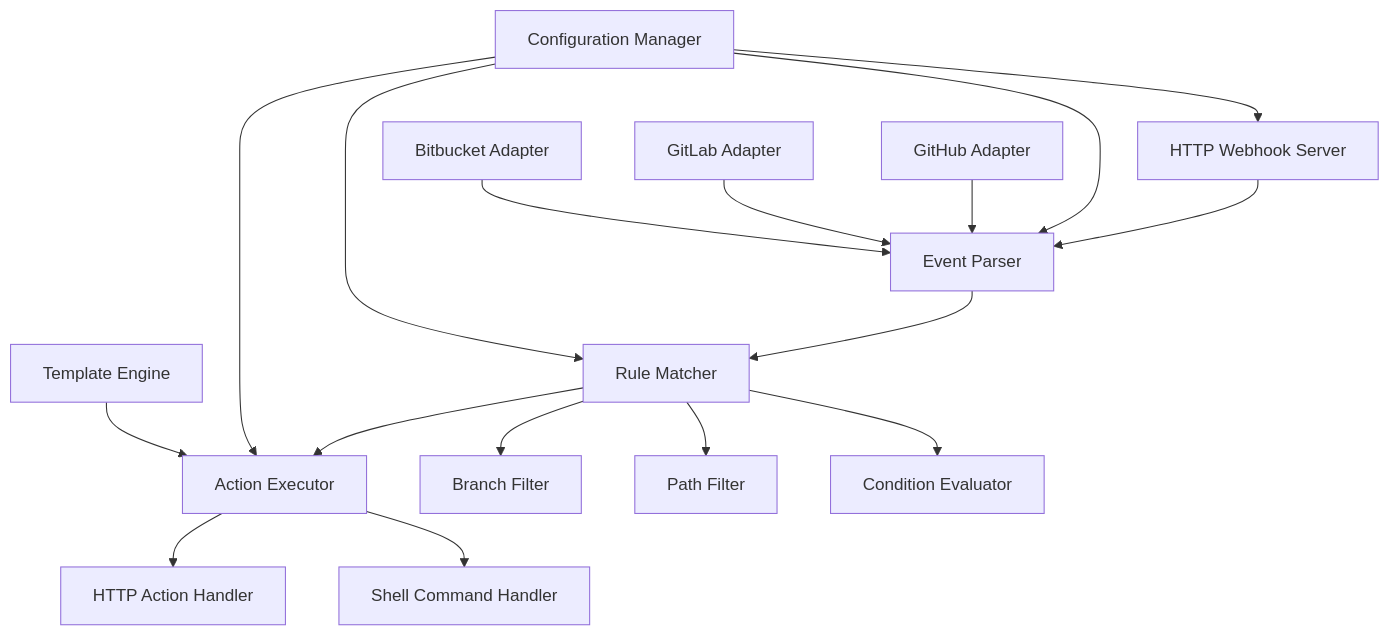
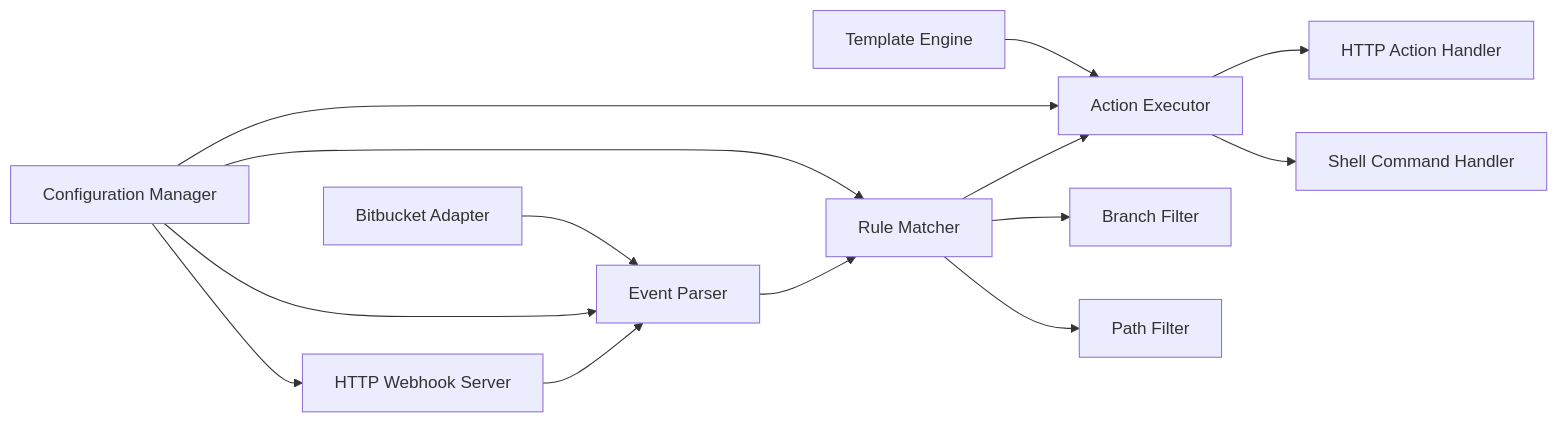
Before and after one commit to acfabro/git-actions: the second of 4 diagrams in docs/architecture.md, drawn with Mermaid. The commit also changed other lines of this file and 18 other files, not shown here.

````diff
--- a/docs/architecture.md
+++ b/docs/architecture.md
@@ -61,24 +61,21 @@
 ```mermaid
-graph TD
+graph LR
     A[HTTP Webhook Server] --> B[Event Parser]
     B --> C[Rule Matcher]
     C --> D[Action Executor]
     
     E[Configuration Manager] --> A
     E --> B
     E --> C
     E --> D
     
-    F[GitHub Adapter] --> B
-    G[GitLab Adapter] --> B
     H[Bitbucket Adapter] --> B
     
     C --> I[Branch Filter]
     C --> J[Path Filter]
-    C --> K[Condition Evaluator]
     
     D --> L[HTTP Action Handler]
     D --> M[Shell Command Handler]
     
     N[Template Engine] --> D
 ```
````
